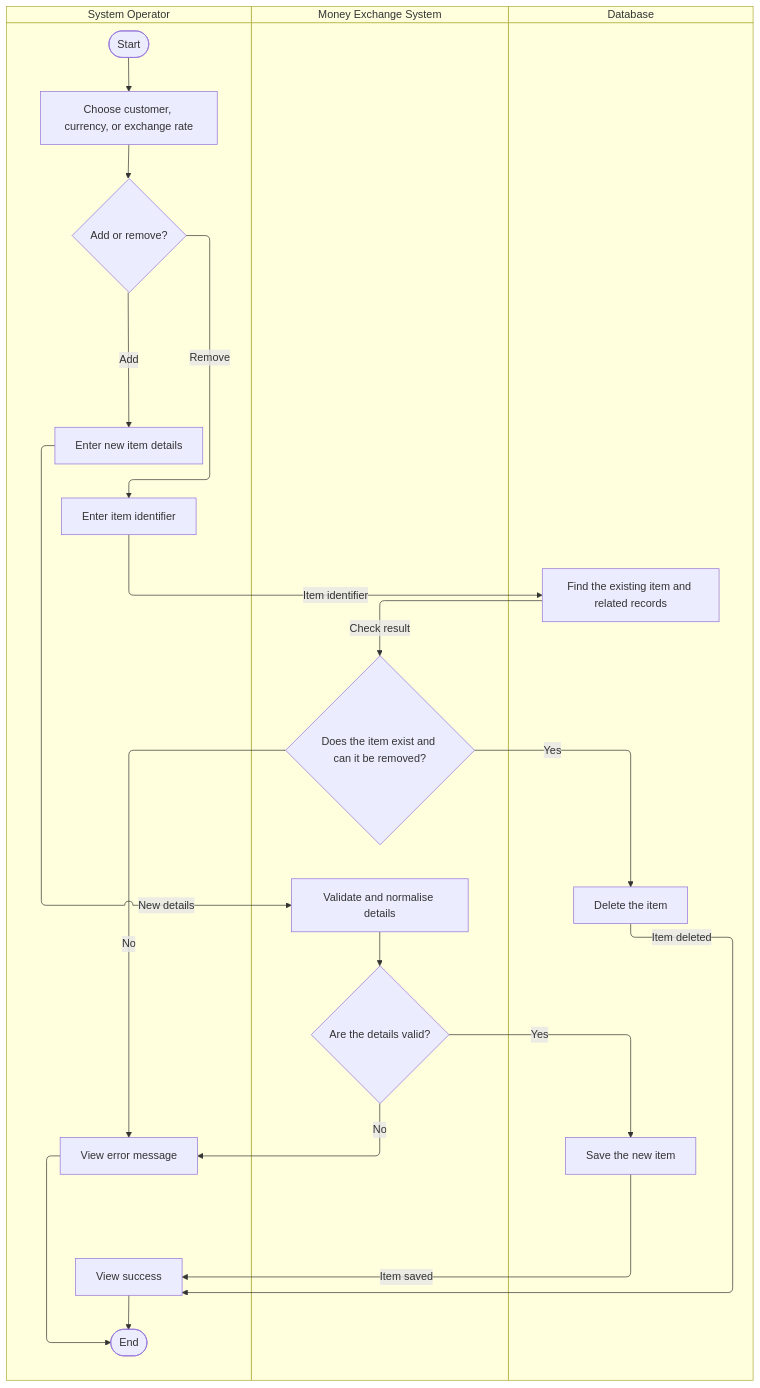
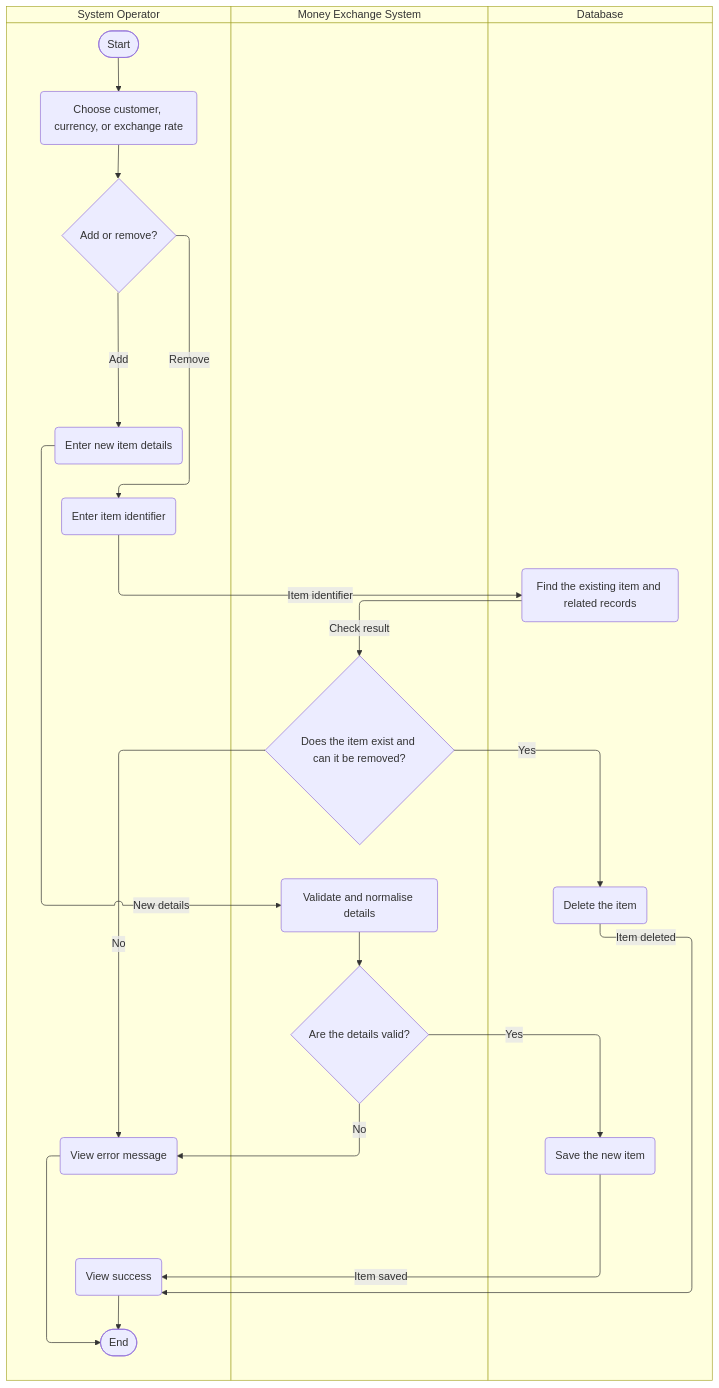
The second of 2 diagrams in week4/activity2/README.md (aleksandr-voitenko/MSE-800), drawn with Mermaid before and after one commit. The commit also changed other lines of this file, not shown here.

Commit message:
Style update

````diff
--- a/week4/activity2/README.md
+++ b/week4/activity2/README.md
@@ -51,36 +51,36 @@
 ```mermaid
 swimlane-beta TB
   accTitle: Manage reference data activity
 
   subgraph operator [System Operator]
     mg_start([Start])
-    mg_choose[Choose customer, currency, or exchange rate]
+    mg_choose(Choose customer, currency, or exchange rate)
     mg_action{Add or remove?}
-    mg_details[Enter new item details]
-    mg_id[Enter item identifier]
-    mg_success[View success]
-    mg_error[View error message]
+    mg_details(Enter new item details)
+    mg_id(Enter item identifier)
+    mg_success(View success)
+    mg_error(View error message)
     mg_end([End])
   end
 
   subgraph system [Money Exchange System]
-    mg_validate[Validate and normalise details]
+    mg_validate(Validate and normalise details)
     mg_valid{Are the details valid?}
     mg_can_remove{Does the item exist and can it be removed?}
   end
 
   subgraph database [Database]
-    mg_save[Save the new item]
-    mg_check[Find the existing item and related records]
-    mg_delete[Delete the item]
+    mg_save(Save the new item)
+    mg_check(Find the existing item and related records)
+    mg_delete(Delete the item)
   end
 
   mg_start --> mg_choose --> mg_action
   mg_action -->|Add| mg_details -->|New details| mg_validate --> mg_valid
   mg_valid -->|No| mg_error --> mg_end
   mg_valid -->|Yes| mg_save -->|Item saved| mg_success --> mg_end
   mg_action -->|Remove| mg_id -->|Item identifier| mg_check
   mg_check -->|Check result| mg_can_remove
   mg_can_remove -->|No| mg_error
   mg_can_remove -->|Yes| mg_delete -->|Item deleted| mg_success
 ```
````
